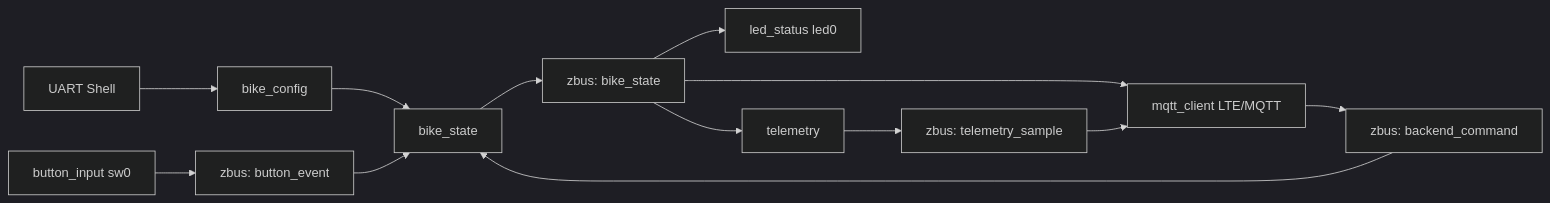
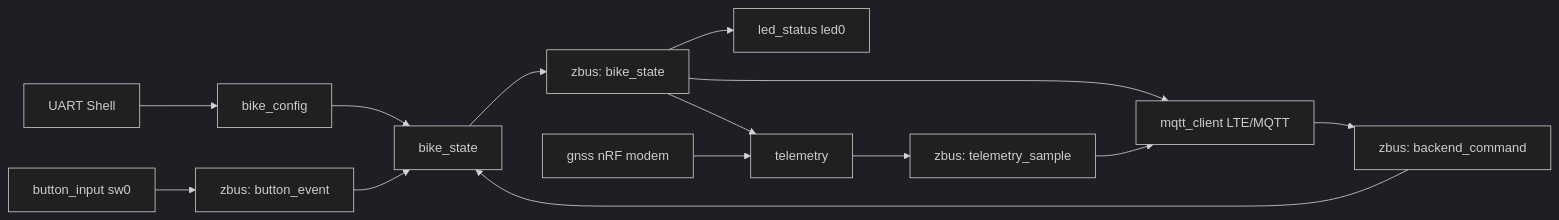
One commit to bikeshare-embedded/firmware changed the diagram in docs/architecture.md. Above: the diagram before and after it, drawn with Mermaid (dark theme). The commit also changed other lines of this file and 16 other files, not shown here.

First line of the commit message:
feat: add GNSS telemetry

````diff
--- a/docs/architecture.md
+++ b/docs/architecture.md
@@ -32,19 +33,20 @@
 ```mermaid
 flowchart LR
     Shell[UART Shell] --> Config[bike_config]
     Config --> State[bike_state]
 
     Button[button_input sw0] --> ButtonChannel[zbus: button_event]
     ButtonChannel --> State
 
     MQTT[mqtt_client LTE/MQTT] --> BackendChannel[zbus: backend_command]
     BackendChannel --> State
 
     State --> StateChannel[zbus: bike_state]
     StateChannel --> LED[led_status led0]
     StateChannel --> Telemetry[telemetry]
     StateChannel --> MQTT
 
+    GNSS[gnss nRF modem] --> Telemetry
     Telemetry --> TelemetryChannel[zbus: telemetry_sample]
     TelemetryChannel --> MQTT
 ```
````
